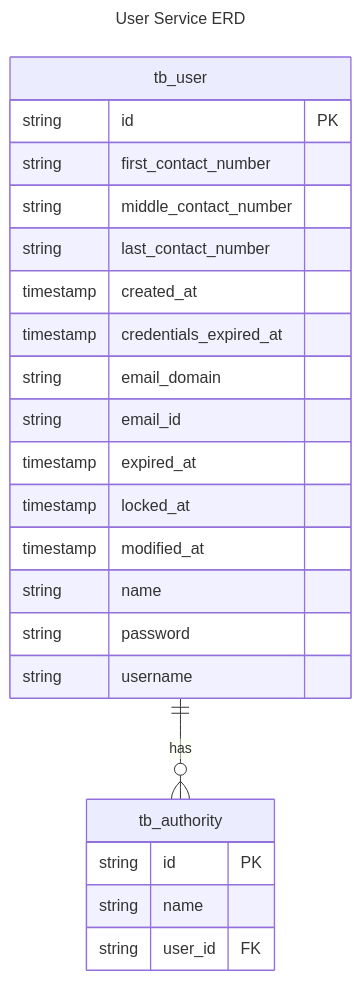
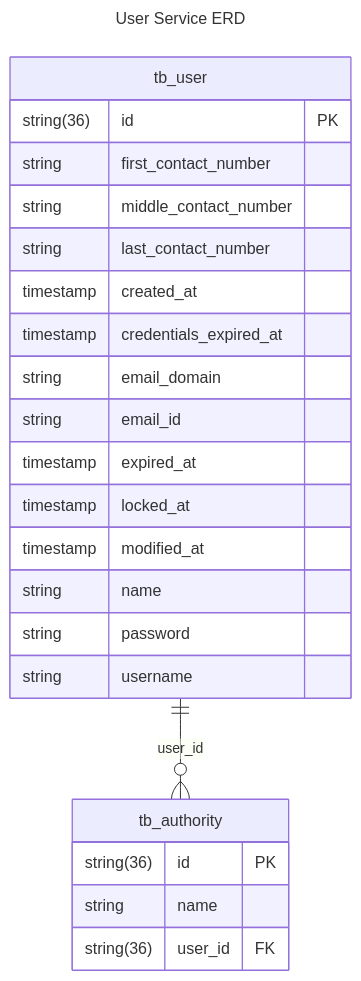
Before and after one commit to KalGookSoo/springboot-msa: the second of 2 diagrams in user/README.md, drawn with Mermaid. The commit also changed 2 other files, not shown here.

Commit message:
docs: README.md 수정 ERD 컬럼 명세 및 관계 설명 수정

````diff
--- a/user/README.md
+++ b/user/README.md
@@ -67,28 +67,28 @@
 ```mermaid
 ---
 title: User Service ERD
 ---
 erDiagram
     tb_user {
-        string id PK
+        string(36) id PK
         string first_contact_number
         string middle_contact_number
         string last_contact_number
         timestamp created_at
         timestamp credentials_expired_at
         string email_domain
         string email_id
         timestamp expired_at
         timestamp locked_at
         timestamp modified_at
         string name
         string password
         string username
     }
     tb_authority {
-        string id PK
+        string(36) id PK
         string name
-        string user_id FK
+        string(36) user_id FK
     }
-    tb_user ||--o{ tb_authority: has
+    tb_user ||--o{ tb_authority: user_id
 ```
````
